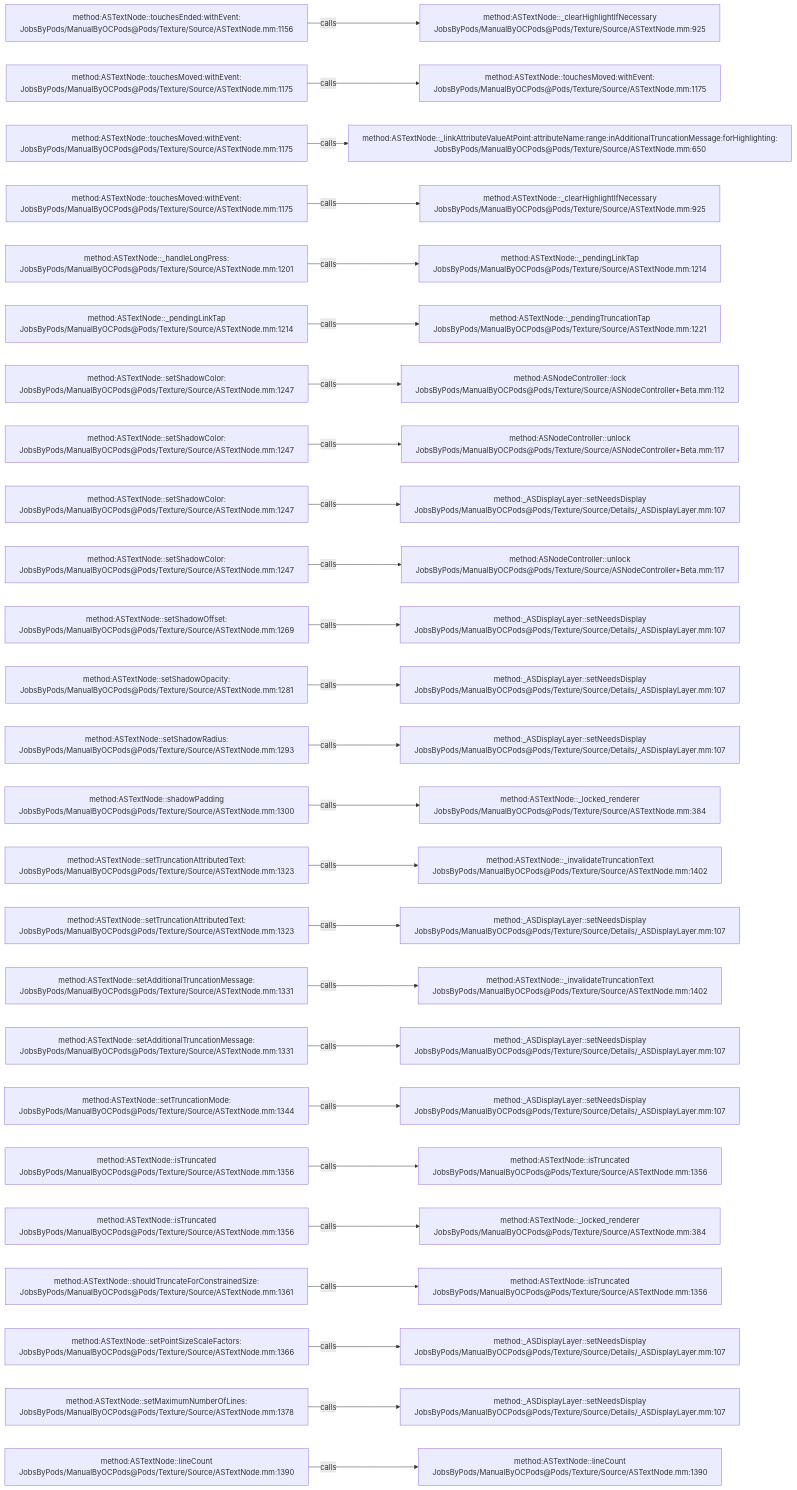
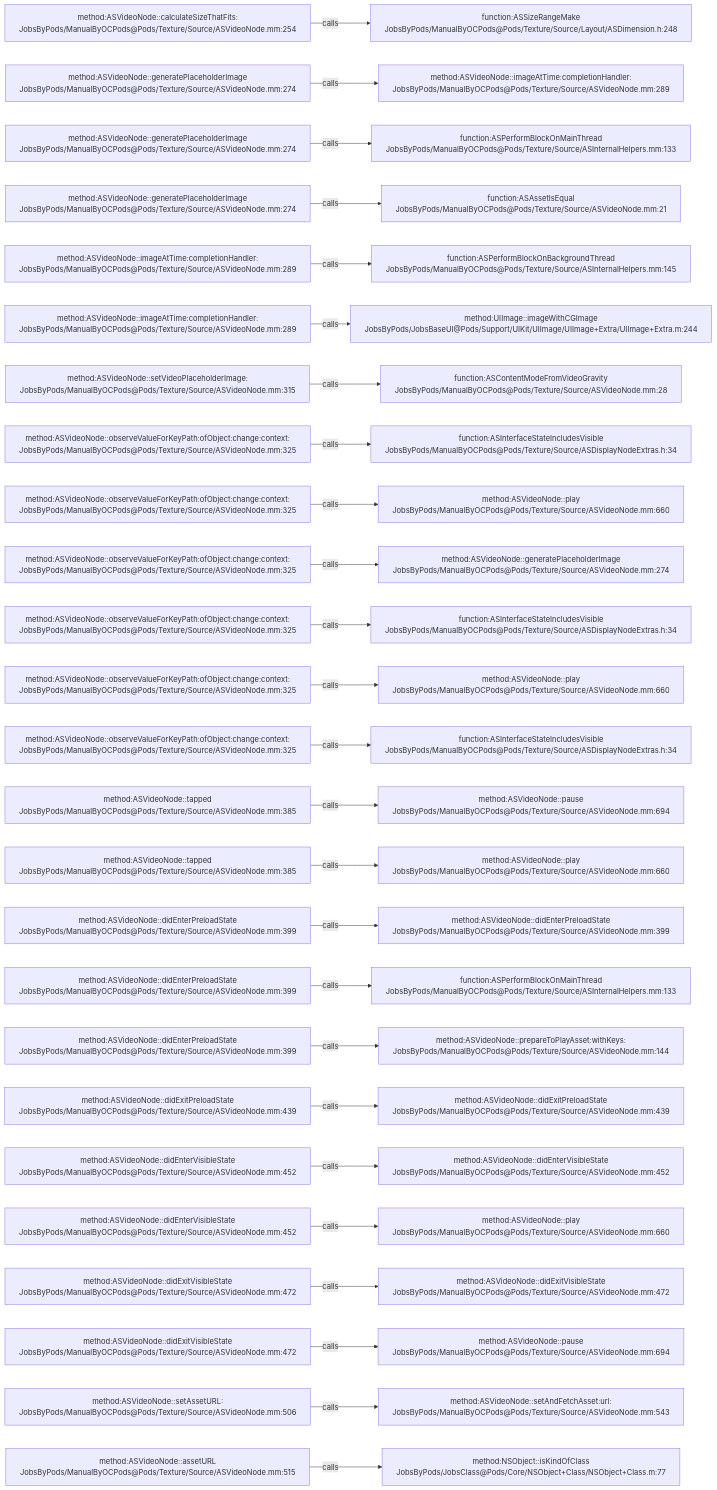
Before and after one commit to JobsKits/JobsOCBaseConfigDemo: the diagram in .codegraph/codegraph.md/graphs/calls-145.md, drawn with Mermaid. The commit also changed 1223 other files, not shown here.

````diff
--- a/.codegraph/codegraph.md/graphs/calls-145.md
+++ b/.codegraph/codegraph.md/graphs/calls-145.md
@@ -13,78 +13,78 @@
 ```mermaid
 flowchart LR
-  S1["method:ASTextNode::touchesEnded:withEvent:<br/>JobsByPods/ManualByOCPods@Pods/Texture/Source/ASTextNode.mm:1156"]
-  T1["method:ASTextNode::_clearHighlightIfNecessary<br/>JobsByPods/ManualByOCPods@Pods/Texture/Source/ASTextNode.mm:925"]
+  S1["method:ASVideoNode::calculateSizeThatFits:<br/>JobsByPods/ManualByOCPods@Pods/Texture/Source/ASVideoNode.mm:254"]
+  T1["function:ASSizeRangeMake<br/>JobsByPods/ManualByOCPods@Pods/Texture/Source/Layout/ASDimension.h:248"]
   S1 -->|calls| T1
-  S2["method:ASTextNode::touchesMoved:withEvent:<br/>JobsByPods/ManualByOCPods@Pods/Texture/Source/ASTextNode.mm:1175"]
-  T2["method:ASTextNode::touchesMoved:withEvent:<br/>JobsByPods/ManualByOCPods@Pods/Texture/Source/ASTextNode.mm:1175"]
+  S2["method:ASVideoNode::generatePlaceholderImage<br/>JobsByPods/ManualByOCPods@Pods/Texture/Source/ASVideoNode.mm:274"]
+  T2["method:ASVideoNode::imageAtTime:completionHandler:<br/>JobsByPods/ManualByOCPods@Pods/Texture/Source/ASVideoNode.mm:289"]
   S2 -->|calls| T2
-  S3["method:ASTextNode::touchesMoved:withEvent:<br/>JobsByPods/ManualByOCPods@Pods/Texture/Source/ASTextNode.mm:1175"]
-  T3["method:ASTextNode::_linkAttributeValueAtPoint:attributeName:range:inAdditionalTruncationMessage:forHighlighting:<br/>JobsByPods/ManualByOCPods@Pods/Texture/Source/ASTextNode.mm:650"]
+  S3["method:ASVideoNode::generatePlaceholderImage<br/>JobsByPods/ManualByOCPods@Pods/Texture/Source/ASVideoNode.mm:274"]
+  T3["function:ASPerformBlockOnMainThread<br/>JobsByPods/ManualByOCPods@Pods/Texture/Source/ASInternalHelpers.mm:133"]
   S3 -->|calls| T3
-  S4["method:ASTextNode::touchesMoved:withEvent:<br/>JobsByPods/ManualByOCPods@Pods/Texture/Source/ASTextNode.mm:1175"]
-  T4["method:ASTextNode::_clearHighlightIfNecessary<br/>JobsByPods/ManualByOCPods@Pods/Texture/Source/ASTextNode.mm:925"]
+  S4["method:ASVideoNode::generatePlaceholderImage<br/>JobsByPods/ManualByOCPods@Pods/Texture/Source/ASVideoNode.mm:274"]
+  T4["function:ASAssetIsEqual<br/>JobsByPods/ManualByOCPods@Pods/Texture/Source/ASVideoNode.mm:21"]
   S4 -->|calls| T4
-  S5["method:ASTextNode::_handleLongPress:<br/>JobsByPods/ManualByOCPods@Pods/Texture/Source/ASTextNode.mm:1201"]
-  T5["method:ASTextNode::_pendingLinkTap<br/>JobsByPods/ManualByOCPods@Pods/Texture/Source/ASTextNode.mm:1214"]
+  S5["method:ASVideoNode::imageAtTime:completionHandler:<br/>JobsByPods/ManualByOCPods@Pods/Texture/Source/ASVideoNode.mm:289"]
+  T5["function:ASPerformBlockOnBackgroundThread<br/>JobsByPods/ManualByOCPods@Pods/Texture/Source/ASInternalHelpers.mm:145"]
   S5 -->|calls| T5
-  S6["method:ASTextNode::_pendingLinkTap<br/>JobsByPods/ManualByOCPods@Pods/Texture/Source/ASTextNode.mm:1214"]
-  T6["method:ASTextNode::_pendingTruncationTap<br/>JobsByPods/ManualByOCPods@Pods/Texture/Source/ASTextNode.mm:1221"]
+  S6["method:ASVideoNode::imageAtTime:completionHandler:<br/>JobsByPods/ManualByOCPods@Pods/Texture/Source/ASVideoNode.mm:289"]
+  T6["method:UIImage::imageWithCGImage<br/>JobsByPods/JobsBaseUI@Pods/Support/UIKit/UIImage/UIImage+Extra/UIImage+Extra.m:244"]
   S6 -->|calls| T6
-  S7["method:ASTextNode::setShadowColor:<br/>JobsByPods/ManualByOCPods@Pods/Texture/Source/ASTextNode.mm:1247"]
-  T7["method:ASNodeController::lock<br/>JobsByPods/ManualByOCPods@Pods/Texture/Source/ASNodeController+Beta.mm:112"]
+  S7["method:ASVideoNode::setVideoPlaceholderImage:<br/>JobsByPods/ManualByOCPods@Pods/Texture/Source/ASVideoNode.mm:315"]
+  T7["function:ASContentModeFromVideoGravity<br/>JobsByPods/ManualByOCPods@Pods/Texture/Source/ASVideoNode.mm:28"]
   S7 -->|calls| T7
-  S8["method:ASTextNode::setShadowColor:<br/>JobsByPods/ManualByOCPods@Pods/Texture/Source/ASTextNode.mm:1247"]
-  T8["method:ASNodeController::unlock<br/>JobsByPods/ManualByOCPods@Pods/Texture/Source/ASNodeController+Beta.mm:117"]
+  S8["method:ASVideoNode::observeValueForKeyPath:ofObject:change:context:<br/>JobsByPods/ManualByOCPods@Pods/Texture/Source/ASVideoNode.mm:325"]
+  T8["function:ASInterfaceStateIncludesVisible<br/>JobsByPods/ManualByOCPods@Pods/Texture/Source/ASDisplayNodeExtras.h:34"]
   S8 -->|calls| T8
-  S9["method:ASTextNode::setShadowColor:<br/>JobsByPods/ManualByOCPods@Pods/Texture/Source/ASTextNode.mm:1247"]
-  T9["method:_ASDisplayLayer::setNeedsDisplay<br/>JobsByPods/ManualByOCPods@Pods/Texture/Source/Details/_ASDisplayLayer.mm:107"]
+  S9["method:ASVideoNode::observeValueForKeyPath:ofObject:change:context:<br/>JobsByPods/ManualByOCPods@Pods/Texture/Source/ASVideoNode.mm:325"]
+  T9["method:ASVideoNode::play<br/>JobsByPods/ManualByOCPods@Pods/Texture/Source/ASVideoNode.mm:660"]
   S9 -->|calls| T9
-  S10["method:ASTextNode::setShadowColor:<br/>JobsByPods/ManualByOCPods@Pods/Texture/Source/ASTextNode.mm:1247"]
-  T10["method:ASNodeController::unlock<br/>JobsByPods/ManualByOCPods@Pods/Texture/Source/ASNodeController+Beta.mm:117"]
+  S10["method:ASVideoNode::observeValueForKeyPath:ofObject:change:context:<br/>JobsByPods/ManualByOCPods@Pods/Texture/Source/ASVideoNode.mm:325"]
+  T10["method:ASVideoNode::generatePlaceholderImage<br/>JobsByPods/ManualByOCPods@Pods/Texture/Source/ASVideoNode.mm:274"]
   S10 -->|calls| T10
-  S11["method:ASTextNode::setShadowOffset:<br/>JobsByPods/ManualByOCPods@Pods/Texture/Source/ASTextNode.mm:1269"]
-  T11["method:_ASDisplayLayer::setNeedsDisplay<br/>JobsByPods/ManualByOCPods@Pods/Texture/Source/Details/_ASDisplayLayer.mm:107"]
+  S11["method:ASVideoNode::observeValueForKeyPath:ofObject:change:context:<br/>JobsByPods/ManualByOCPods@Pods/Texture/Source/ASVideoNode.mm:325"]
+  T11["function:ASInterfaceStateIncludesVisible<br/>JobsByPods/ManualByOCPods@Pods/Texture/Source/ASDisplayNodeExtras.h:34"]
   S11 -->|calls| T11
-  S12["method:ASTextNode::setShadowOpacity:<br/>JobsByPods/ManualByOCPods@Pods/Texture/Source/ASTextNode.mm:1281"]
-  T12["method:_ASDisplayLayer::setNeedsDisplay<br/>JobsByPods/ManualByOCPods@Pods/Texture/Source/Details/_ASDisplayLayer.mm:107"]
+  S12["method:ASVideoNode::observeValueForKeyPath:ofObject:change:context:<br/>JobsByPods/ManualByOCPods@Pods/Texture/Source/ASVideoNode.mm:325"]
+  T12["method:ASVideoNode::play<br/>JobsByPods/ManualByOCPods@Pods/Texture/Source/ASVideoNode.mm:660"]
   S12 -->|calls| T12
-  S13["method:ASTextNode::setShadowRadius:<br/>JobsByPods/ManualByOCPods@Pods/Texture/Source/ASTextNode.mm:1293"]
-  T13["method:_ASDisplayLayer::setNeedsDisplay<br/>JobsByPods/ManualByOCPods@Pods/Texture/Source/Details/_ASDisplayLayer.mm:107"]
+  S13["method:ASVideoNode::observeValueForKeyPath:ofObject:change:context:<br/>JobsByPods/ManualByOCPods@Pods/Texture/Source/ASVideoNode.mm:325"]
+  T13["function:ASInterfaceStateIncludesVisible<br/>JobsByPods/ManualByOCPods@Pods/Texture/Source/ASDisplayNodeExtras.h:34"]
   S13 -->|calls| T13
-  S14["method:ASTextNode::shadowPadding<br/>JobsByPods/ManualByOCPods@Pods/Texture/Source/ASTextNode.mm:1300"]
-  T14["method:ASTextNode::_locked_renderer<br/>JobsByPods/ManualByOCPods@Pods/Texture/Source/ASTextNode.mm:384"]
+  S14["method:ASVideoNode::tapped<br/>JobsByPods/ManualByOCPods@Pods/Texture/Source/ASVideoNode.mm:385"]
+  T14["method:ASVideoNode::pause<br/>JobsByPods/ManualByOCPods@Pods/Texture/Source/ASVideoNode.mm:694"]
   S14 -->|calls| T14
-  S15["method:ASTextNode::setTruncationAttributedText:<br/>JobsByPods/ManualByOCPods@Pods/Texture/Source/ASTextNode.mm:1323"]
-  T15["method:ASTextNode::_invalidateTruncationText<br/>JobsByPods/ManualByOCPods@Pods/Texture/Source/ASTextNode.mm:1402"]
+  S15["method:ASVideoNode::tapped<br/>JobsByPods/ManualByOCPods@Pods/Texture/Source/ASVideoNode.mm:385"]
+  T15["method:ASVideoNode::play<br/>JobsByPods/ManualByOCPods@Pods/Texture/Source/ASVideoNode.mm:660"]
   S15 -->|calls| T15
-  S16["method:ASTextNode::setTruncationAttributedText:<br/>JobsByPods/ManualByOCPods@Pods/Texture/Source/ASTextNode.mm:1323"]
-  T16["method:_ASDisplayLayer::setNeedsDisplay<br/>JobsByPods/ManualByOCPods@Pods/Texture/Source/Details/_ASDisplayLayer.mm:107"]
+  S16["method:ASVideoNode::didEnterPreloadState<br/>JobsByPods/ManualByOCPods@Pods/Texture/Source/ASVideoNode.mm:399"]
+  T16["method:ASVideoNode::didEnterPreloadState<br/>JobsByPods/ManualByOCPods@Pods/Texture/Source/ASVideoNode.mm:399"]
   S16 -->|calls| T16
-  S17["method:ASTextNode::setAdditionalTruncationMessage:<br/>JobsByPods/ManualByOCPods@Pods/Texture/Source/ASTextNode.mm:1331"]
-  T17["method:ASTextNode::_invalidateTruncationText<br/>JobsByPods/ManualByOCPods@Pods/Texture/Source/ASTextNode.mm:1402"]
+  S17["method:ASVideoNode::didEnterPreloadState<br/>JobsByPods/ManualByOCPods@Pods/Texture/Source/ASVideoNode.mm:399"]
+  T17["function:ASPerformBlockOnMainThread<br/>JobsByPods/ManualByOCPods@Pods/Texture/Source/ASInternalHelpers.mm:133"]
   S17 -->|calls| T17
-  S18["method:ASTextNode::setAdditionalTruncationMessage:<br/>JobsByPods/ManualByOCPods@Pods/Texture/Source/ASTextNode.mm:1331"]
-  T18["method:_ASDisplayLayer::setNeedsDisplay<br/>JobsByPods/ManualByOCPods@Pods/Texture/Source/Details/_ASDisplayLayer.mm:107"]
+  S18["method:ASVideoNode::didEnterPreloadState<br/>JobsByPods/ManualByOCPods@Pods/Texture/Source/ASVideoNode.mm:399"]
+  T18["method:ASVideoNode::prepareToPlayAsset:withKeys:<br/>JobsByPods/ManualByOCPods@Pods/Texture/Source/ASVideoNode.mm:144"]
   S18 -->|calls| T18
-  S19["method:ASTextNode::setTruncationMode:<br/>JobsByPods/ManualByOCPods@Pods/Texture/Source/ASTextNode.mm:1344"]
-  T19["method:_ASDisplayLayer::setNeedsDisplay<br/>JobsByPods/ManualByOCPods@Pods/Texture/Source/Details/_ASDisplayLayer.mm:107"]
+  S19["method:ASVideoNode::didExitPreloadState<br/>JobsByPods/ManualByOCPods@Pods/Texture/Source/ASVideoNode.mm:439"]
+  T19["method:ASVideoNode::didExitPreloadState<br/>JobsByPods/ManualByOCPods@Pods/Texture/Source/ASVideoNode.mm:439"]
   S19 -->|calls| T19
-  S20["method:ASTextNode::isTruncated<br/>JobsByPods/ManualByOCPods@Pods/Texture/Source/ASTextNode.mm:1356"]
-  T20["method:ASTextNode::isTruncated<br/>JobsByPods/ManualByOCPods@Pods/Texture/Source/ASTextNode.mm:1356"]
+  S20["method:ASVideoNode::didEnterVisibleState<br/>JobsByPods/ManualByOCPods@Pods/Texture/Source/ASVideoNode.mm:452"]
+  T20["method:ASVideoNode::didEnterVisibleState<br/>JobsByPods/ManualByOCPods@Pods/Texture/Source/ASVideoNode.mm:452"]
   S20 -->|calls| T20
-  S21["method:ASTextNode::isTruncated<br/>JobsByPods/ManualByOCPods@Pods/Texture/Source/ASTextNode.mm:1356"]
-  T21["method:ASTextNode::_locked_renderer<br/>JobsByPods/ManualByOCPods@Pods/Texture/Source/ASTextNode.mm:384"]
+  S21["method:ASVideoNode::didEnterVisibleState<br/>JobsByPods/ManualByOCPods@Pods/Texture/Source/ASVideoNode.mm:452"]
+  T21["method:ASVideoNode::play<br/>JobsByPods/ManualByOCPods@Pods/Texture/Source/ASVideoNode.mm:660"]
   S21 -->|calls| T21
-  S22["method:ASTextNode::shouldTruncateForConstrainedSize:<br/>JobsByPods/ManualByOCPods@Pods/Texture/Source/ASTextNode.mm:1361"]
-  T22["method:ASTextNode::isTruncated<br/>JobsByPods/ManualByOCPods@Pods/Texture/Source/ASTextNode.mm:1356"]
+  S22["method:ASVideoNode::didExitVisibleState<br/>JobsByPods/ManualByOCPods@Pods/Texture/Source/ASVideoNode.mm:472"]
+  T22["method:ASVideoNode::didExitVisibleState<br/>JobsByPods/ManualByOCPods@Pods/Texture/Source/ASVideoNode.mm:472"]
   S22 -->|calls| T22
-  S23["method:ASTextNode::setPointSizeScaleFactors:<br/>JobsByPods/ManualByOCPods@Pods/Texture/Source/ASTextNode.mm:1366"]
-  T23["method:_ASDisplayLayer::setNeedsDisplay<br/>JobsByPods/ManualByOCPods@Pods/Texture/Source/Details/_ASDisplayLayer.mm:107"]
+  S23["method:ASVideoNode::didExitVisibleState<br/>JobsByPods/ManualByOCPods@Pods/Texture/Source/ASVideoNode.mm:472"]
+  T23["method:ASVideoNode::pause<br/>JobsByPods/ManualByOCPods@Pods/Texture/Source/ASVideoNode.mm:694"]
   S23 -->|calls| T23
-  S24["method:ASTextNode::setMaximumNumberOfLines:<br/>JobsByPods/ManualByOCPods@Pods/Texture/Source/ASTextNode.mm:1378"]
-  T24["method:_ASDisplayLayer::setNeedsDisplay<br/>JobsByPods/ManualByOCPods@Pods/Texture/Source/Details/_ASDisplayLayer.mm:107"]
+  S24["method:ASVideoNode::setAssetURL:<br/>JobsByPods/ManualByOCPods@Pods/Texture/Source/ASVideoNode.mm:506"]
+  T24["method:ASVideoNode::setAndFetchAsset:url:<br/>JobsByPods/ManualByOCPods@Pods/Texture/Source/ASVideoNode.mm:543"]
   S24 -->|calls| T24
-  S25["method:ASTextNode::lineCount<br/>JobsByPods/ManualByOCPods@Pods/Texture/Source/ASTextNode.mm:1390"]
-  T25["method:ASTextNode::lineCount<br/>JobsByPods/ManualByOCPods@Pods/Texture/Source/ASTextNode.mm:1390"]
+  S25["method:ASVideoNode::assetURL<br/>JobsByPods/ManualByOCPods@Pods/Texture/Source/ASVideoNode.mm:515"]
+  T25["method:NSObject::isKindOfClass<br/>JobsByPods/JobsClass@Pods/Core/NSObject+Class/NSObject+Class.m:77"]
   S25 -->|calls| T25
 ```
````
